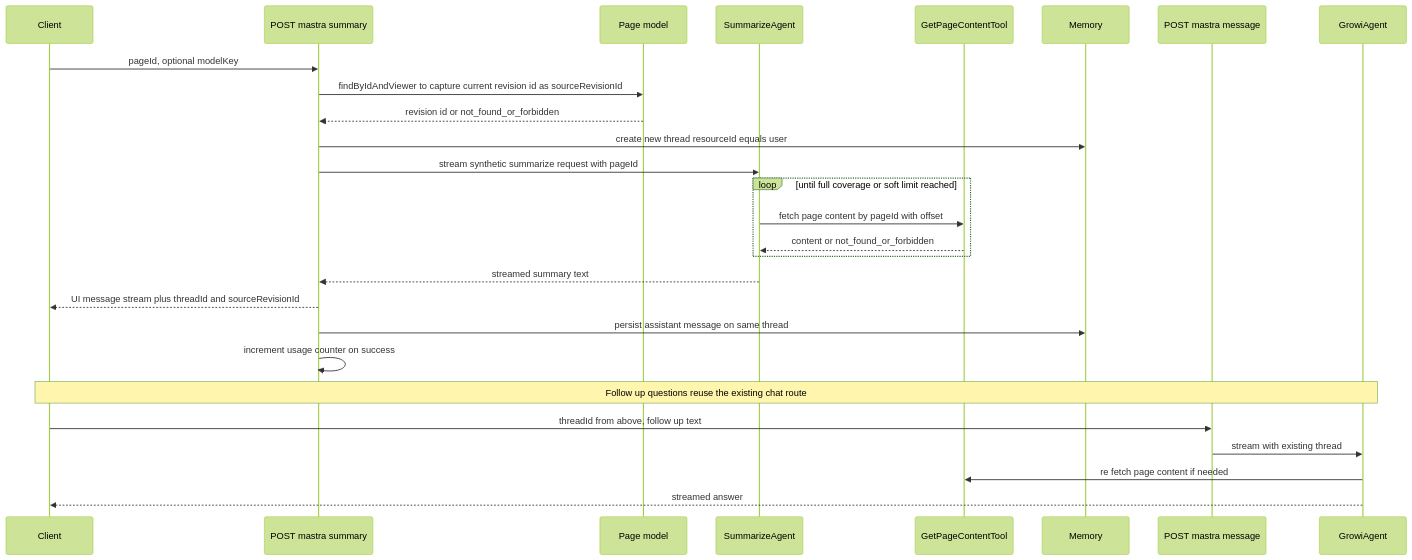
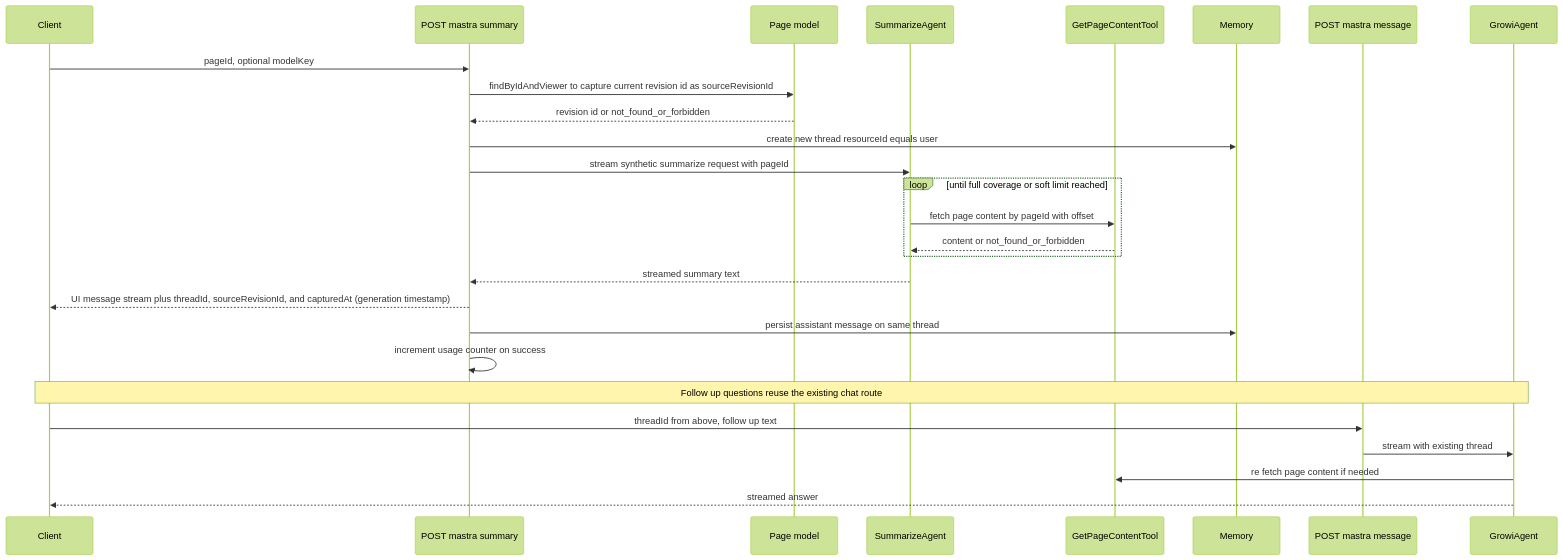
One commit to growilabs/growi changed the second of 4 diagrams in .kiro/specs/ai-summarize/design.md. Above: the diagram before and after it, drawn with Mermaid (forest theme). The commit also changed other lines of this file and 1 other file, not shown here.

````diff
--- a/.kiro/specs/ai-summarize/design.md
+++ b/.kiro/specs/ai-summarize/design.md
@@ -189,31 +190,31 @@
 ```mermaid
 sequenceDiagram
     participant Client
     participant SummaryRoute as POST mastra summary
     participant PageModel as Page model
     participant SummarizeAgent
     participant GetPageContentTool
     participant Memory
     participant MessageRoute as POST mastra message
     participant GrowiAgent
 
     Client->>SummaryRoute: pageId, optional modelKey
     SummaryRoute->>PageModel: findByIdAndViewer to capture current revision id as sourceRevisionId
     PageModel-->>SummaryRoute: revision id or not_found_or_forbidden
     SummaryRoute->>Memory: create new thread resourceId equals user
     SummaryRoute->>SummarizeAgent: stream synthetic summarize request with pageId
     loop until full coverage or soft limit reached
         SummarizeAgent->>GetPageContentTool: fetch page content by pageId with offset
         GetPageContentTool-->>SummarizeAgent: content or not_found_or_forbidden
     end
     SummarizeAgent-->>SummaryRoute: streamed summary text
-    SummaryRoute-->>Client: UI message stream plus threadId and sourceRevisionId
+    SummaryRoute-->>Client: UI message stream plus threadId, sourceRevisionId, and capturedAt (generation timestamp)
     SummaryRoute->>Memory: persist assistant message on same thread
     SummaryRoute->>SummaryRoute: increment usage counter on success
 
     Note over Client,GrowiAgent: Follow up questions reuse the existing chat route
     Client->>MessageRoute: threadId from above, follow up text
     MessageRoute->>GrowiAgent: stream with existing thread
     GrowiAgent->>GetPageContentTool: re fetch page content if needed
     GrowiAgent-->>Client: streamed answer
 ```
````
